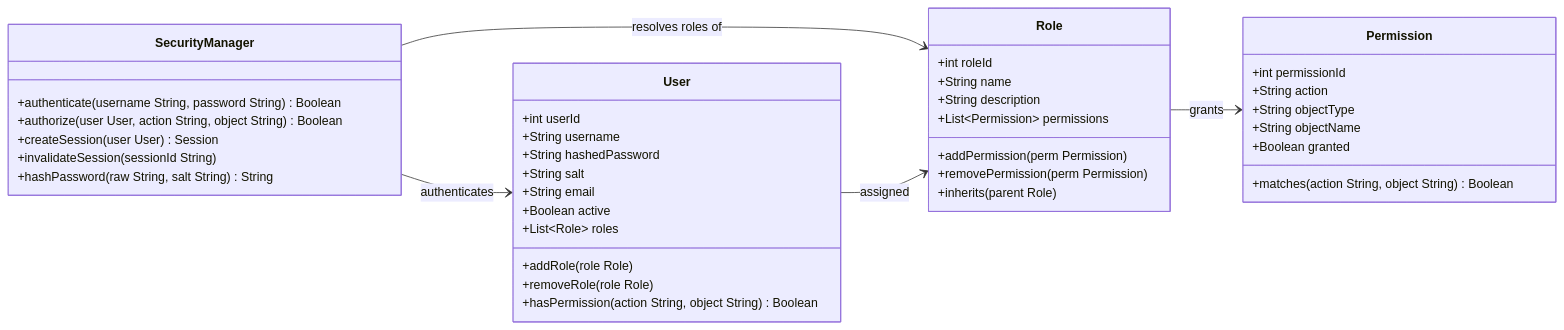
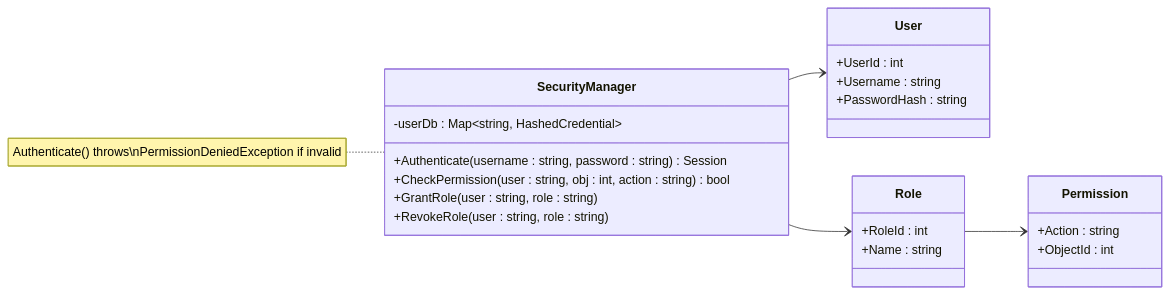
The ninth of 9 diagrams in README.md (Hagiakhanh/bbv-dbms), drawn with Mermaid before and after one commit. The commit also changed other lines of this file, not shown here.

Commit message:
list integration test

````diff
--- a/README.md
+++ b/README.md
@@ -735,49 +1327,28 @@
 ```mermaid
 classDiagram
 direction LR
-
-    class SecurityManager {
-        +authenticate(username String, password String) Boolean
-        +authorize(user User, action String, object String) Boolean
-        +createSession(user User) Session
-        +invalidateSession(sessionId String)
-        +hashPassword(raw String, salt String) String
-    }
-
-    class User {
-        +int userId
-        +String username
-        +String hashedPassword
-        +String salt
-        +String email
-        +Boolean active
-        +List~Role~ roles
-        +addRole(role Role)
-        +removeRole(role Role)
-        +hasPermission(action String, object String) Boolean
-    }
-
-    class Role {
-        +int roleId
-        +String name
-        +String description
-        +List~Permission~ permissions
-        +addPermission(perm Permission)
-        +removePermission(perm Permission)
-        +inherits(parent Role)
-    }
-
-    class Permission {
-        +int permissionId
-        +String action
-        +String objectType
-        +String objectName
-        +Boolean granted
-        +matches(action String, object String) Boolean
-    }
-
-    SecurityManager --> User       : authenticates
-    SecurityManager --> Role       : resolves roles of
-    Role --> Permission            : grants
-    User --> Role                  : assigned
+class SecurityManager {
+    -userDb : Map~string, HashedCredential~
+    +Authenticate(username : string, password : string) Session
+    +CheckPermission(user : string, obj : int, action : string) bool
+    +GrantRole(user : string, role : string)
+    +RevokeRole(user : string, role : string)
+}
+note for SecurityManager "Authenticate() throws\nPermissionDeniedException if invalid"
+class User {
+    +UserId : int
+    +Username : string
+    +PasswordHash : string
+}
+class Role {
+    +RoleId : int
+    +Name : string
+}
+class Permission {
+    +Action : string
+    +ObjectId : int
+}
+SecurityManager --> User
+SecurityManager --> Role
+Role --> Permission
 ```
````
